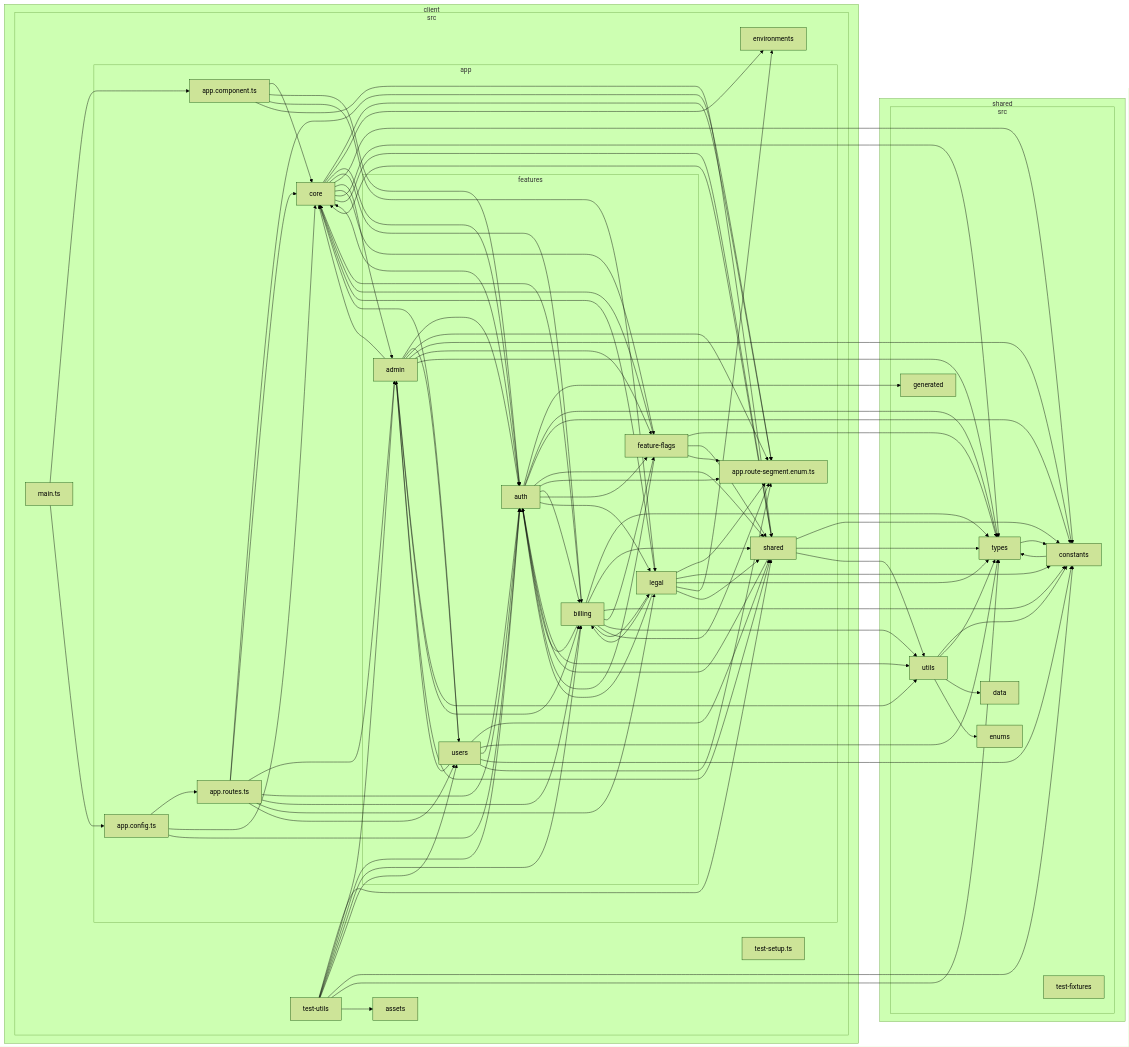
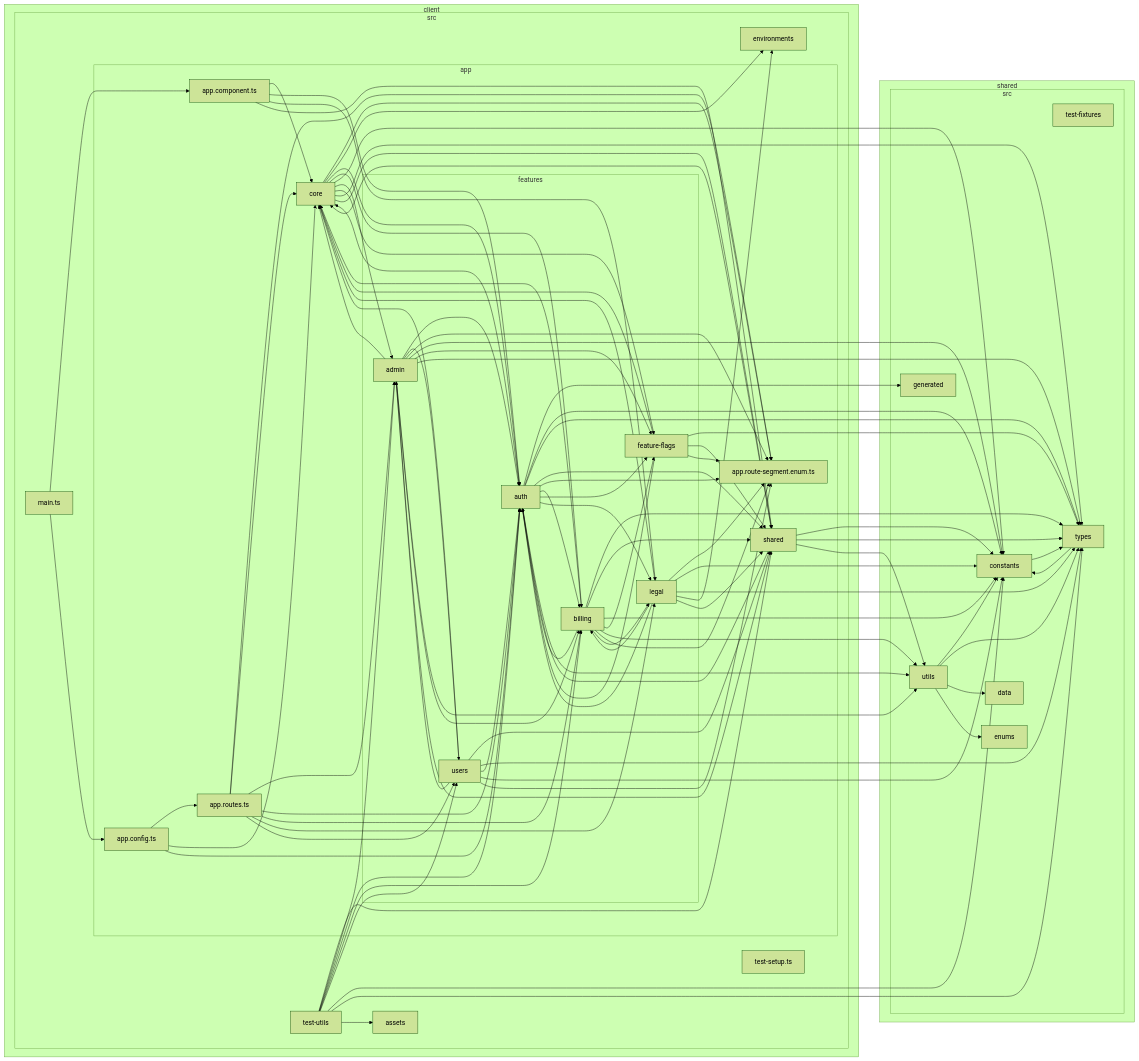
Before and after one commit to tauinbox/client-server-starter-app: the fourth of 5 diagrams in architecture/dependency-graph.md, drawn with Mermaid (forest theme). The commit also changed other lines of this file and 15 other files, not shown here.

```diff
--- a/architecture/dependency-graph.md
+++ b/architecture/dependency-graph.md
@@ -414,9 +414,9 @@
 9-->B
 9-->F
 A-->Q
+A-->N
 A-->S
 A-->7
-A-->N
 A-->F
 A-->5
 A-->B
```
